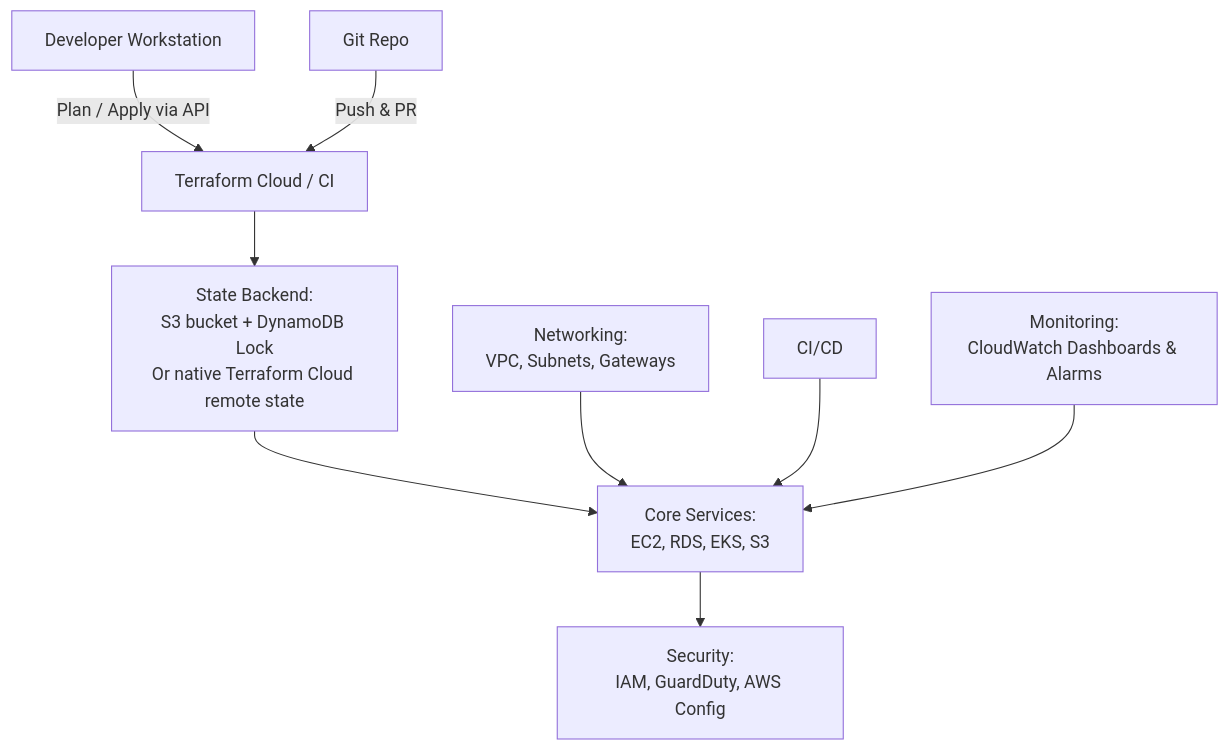
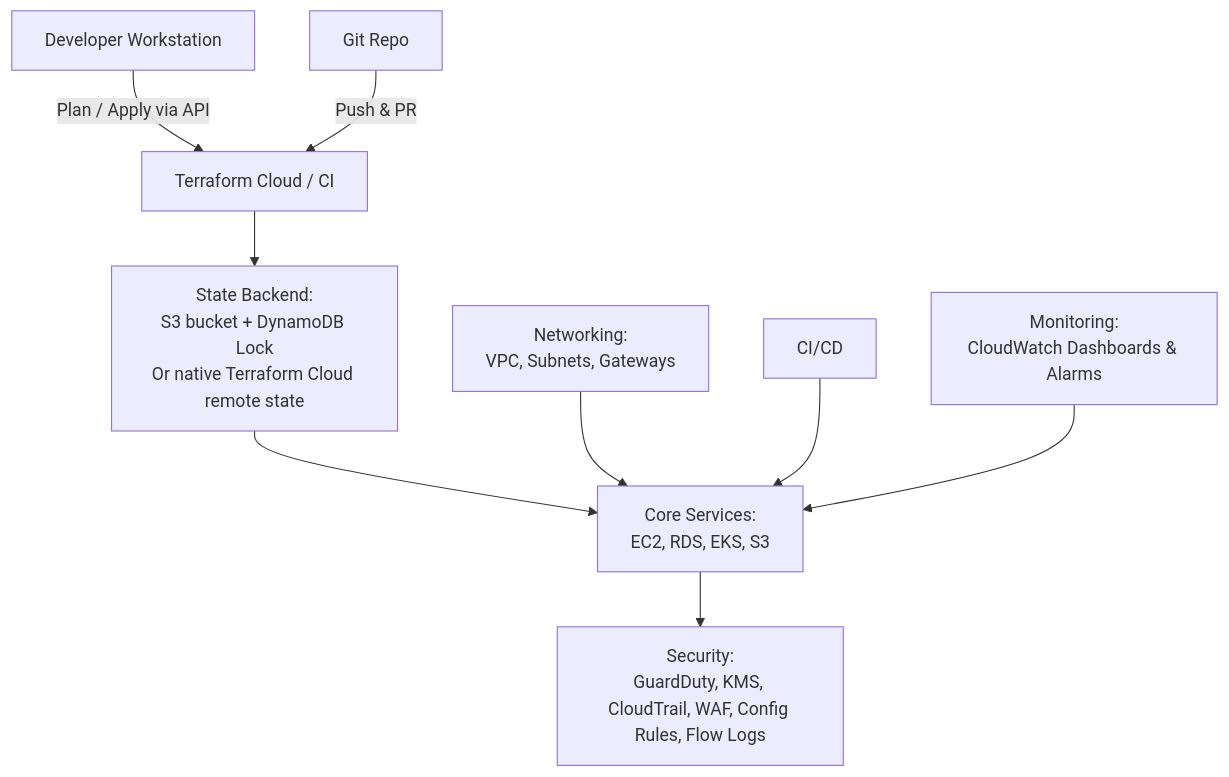
Before and after one commit to PickleKemo/Infrastructure-as-Code-with-Terraform: the diagram in README.md, drawn with Mermaid. The commit also changed other lines of this file and 9 other files, not shown here.

````diff
--- a/README.md
+++ b/README.md
@@ -12,21 +12,21 @@
 ```mermaid
 flowchart TD
     DeveloperWorkstation["Developer Workstation"]
     GitRepo["Git Repo"]
     TerraformCI["Terraform Cloud / CI"]
     StateBackend["State Backend:<br/>S3 bucket + DynamoDB Lock<br/>Or native Terraform Cloud remote state"]
     CoreServices["Core Services:<br/>EC2, RDS, EKS, S3"]
     Networking["Networking:<br/>VPC, Subnets, Gateways"]
-    Security["Security:<br/>IAM, GuardDuty, AWS Config"]
+    Security["Security:<br/>GuardDuty, KMS, CloudTrail, WAF, Config Rules, Flow Logs"]
     CICD["CI/CD"]
     Monitoring["Monitoring:<br/>CloudWatch Dashboards & Alarms"]
 
     DeveloperWorkstation -->|Plan / Apply via API| TerraformCI
     GitRepo -->|Push & PR| TerraformCI
     TerraformCI --> StateBackend
     StateBackend --> CoreServices
     Networking --> CoreServices
     CoreServices --> Security
     CICD --> CoreServices
     Monitoring --> CoreServices
 ```
````
